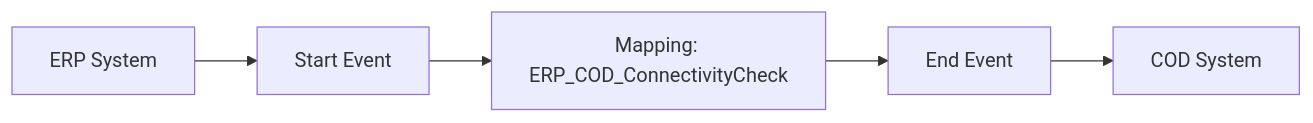
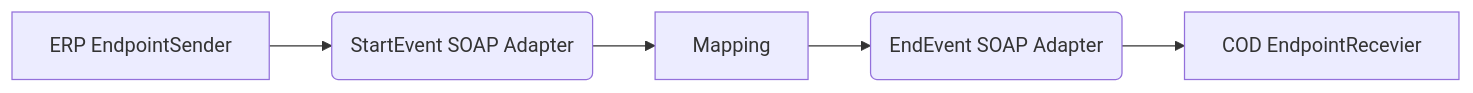
Before and after one commit to Avvale-IA-CICD/AvvaleCPI: the diagram in MMZ - Cell Iflows/Check_Connectivity_from_SAP_Business_Suite_MMZ-1.0.3/readme.md, drawn with Mermaid. The commit also changed other lines of this file, not shown here.

Commit message:
Add/update documentation for Check_Connectivity_from_SAP_Business_Suite_MMZ v1.0.3

````diff
--- a/MMZ - Cell Iflows/Check_Connectivity_from_SAP_Business_Suite_MMZ-1.0.3/readme.md
+++ b/MMZ - Cell Iflows/Check_Connectivity_from_SAP_Business_Suite_MMZ-1.0.3/readme.md
@@ -4,7 +4,7 @@
 ```mermaid
 graph LR
-    ERP[ERP System] --> StartEvent
-    StartEvent[Start Event] --> Mapping
-    Mapping[Mapping: ERP_COD_ConnectivityCheck] --> EndEvent
-    EndEvent[End Event] --> COD[COD System]
+    ERP[ERP EndpointSender] --> SOAP_ERP(StartEvent SOAP Adapter)
+    SOAP_ERP --> Mapping[Mapping]
+    Mapping --> SOAP_COD(EndEvent SOAP Adapter)
+    SOAP_COD --> COD[COD EndpointRecevier]
 ```
````
